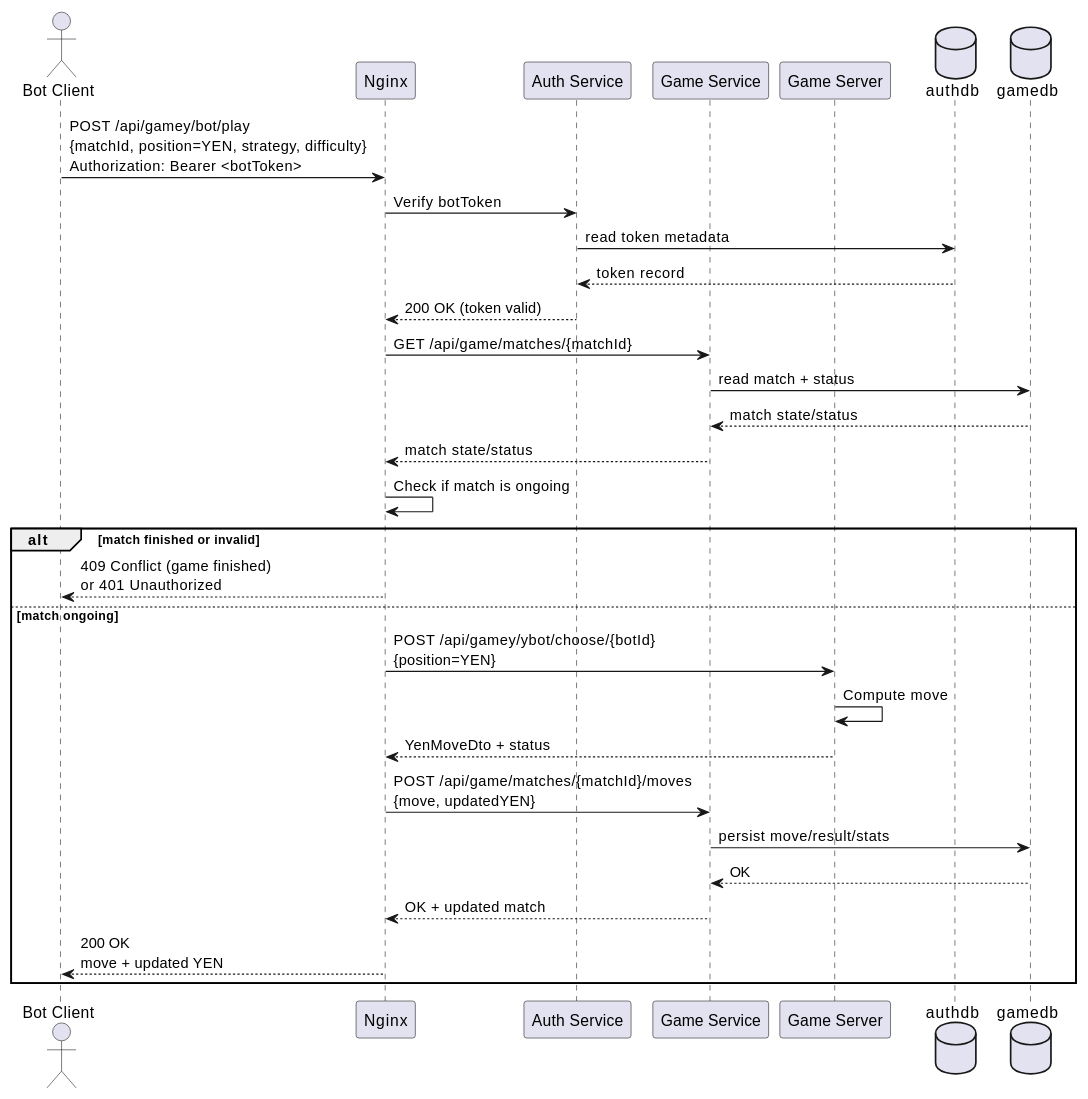
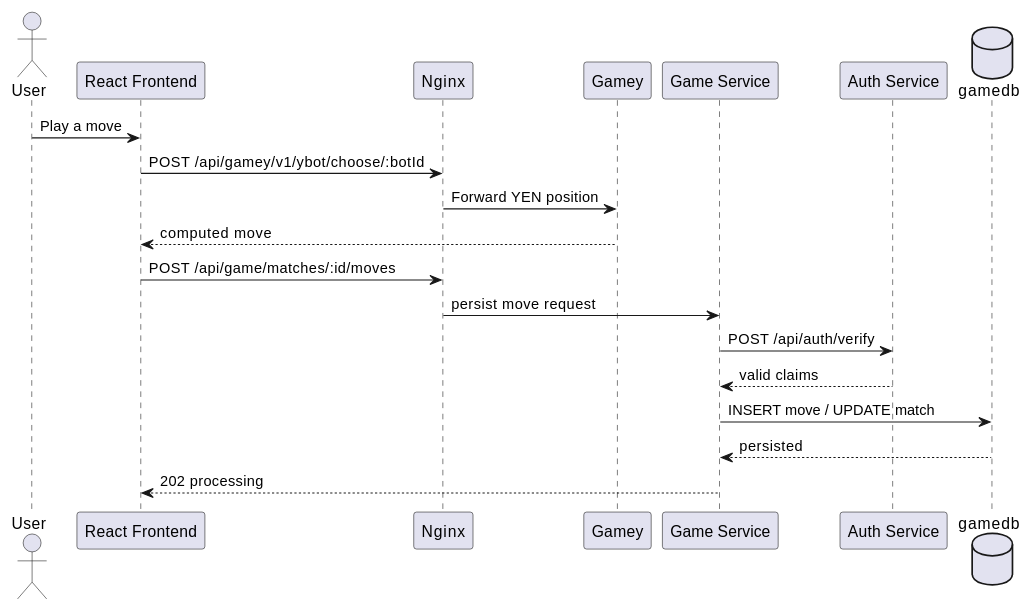
One commit to Arquisoft/yovi_es1c changed the fourth of 8 diagrams in docs/src/06_runtime_view.adoc. Above: the diagram before and after it, drawn with PlantUML. The commit also changed other lines of this file and 10 other files, not shown here.

```diff
--- a/docs/src/06_runtime_view.adoc
+++ b/docs/src/06_runtime_view.adoc
@@ -182,42 +103,23 @@
-[plantuml, "runtime-bot-api", png]
+[plantuml, runtime-bot-move, png]
 ----
-actor "Bot Client" as Bot
+actor "User" as Human
+participant "React Frontend" as Frontend
 participant "Nginx" as Nginx
+participant "Gamey" as Gamey
+participant "Game Service" as GameService
 participant "Auth Service" as Auth
-participant "Game Service" as GameService
-participant "Game Server" as Engine
-database "authdb" as AuthDB
 database "gamedb" as GameDB
 
-Bot -> Nginx: POST /api/gamey/bot/play\n{matchId, position=YEN, strategy, difficulty}\nAuthorization: Bearer <botToken>
+Human -> Frontend: Play a move
+Frontend -> Nginx: POST /api/gamey/v1/ybot/choose/:botId
+Nginx -> Gamey: Forward YEN position
+Gamey --> Frontend: computed move
 
-' 1) Verify bot credentials
-Nginx -> Auth: Verify botToken
-Auth -> AuthDB: read token metadata
-AuthDB --> Auth: token record
-Auth --> Nginx: 200 OK (token valid)
-
-' 2) Get match state
-Nginx -> GameService: GET /api/game/matches/{matchId}
-GameService -> GameDB: read match + status
-GameDB --> GameService: match state/status
-GameService --> Nginx: match state/status
-Nginx -> Nginx: Check if match is ongoing
-
-alt match finished or invalid
-  Nginx --> Bot: 409 Conflict (game finished)\nor 401 Unauthorized
-else match ongoing
-  ' 3) Compute bot move
-  Nginx -> Engine: POST /api/gamey/ybot/choose/{botId}\n{position=YEN}
-  Engine -> Engine: Compute move
-  Engine --> Nginx: YenMoveDto + status
-
-  ' 4) Persist result
-  Nginx -> GameService: POST /api/game/matches/{matchId}/moves\n{move, updatedYEN}
-  GameService -> GameDB: persist move/result/stats
-  GameDB --> GameService: OK
-  GameService --> Nginx: OK + updated match
-
-  Nginx --> Bot: 200 OK\nmove + updated YEN
-end
+Frontend -> Nginx: POST /api/game/matches/:id/moves
+Nginx -> GameService: persist move request
+GameService -> Auth: POST /api/auth/verify
+Auth --> GameService: valid claims
+GameService -> GameDB: INSERT move / UPDATE match
+GameDB --> GameService: persisted
+GameService --> Frontend: 202 processing
 ----
```
